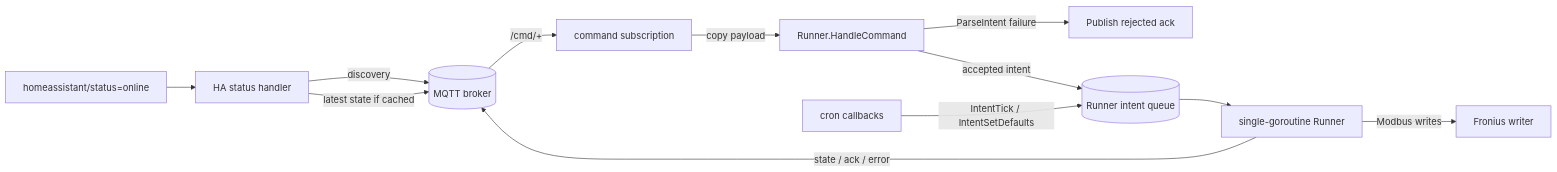
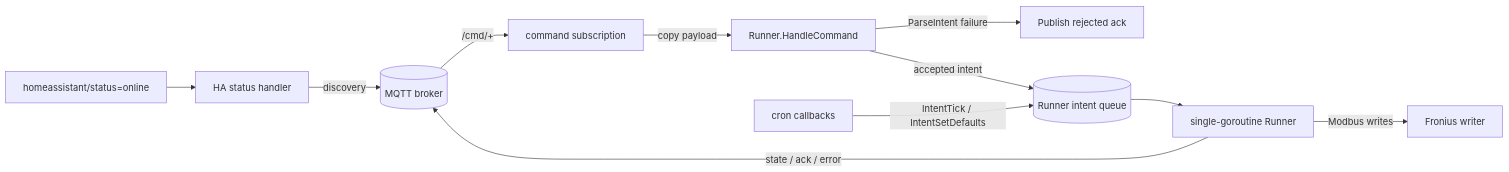
The diagram in docs/implementations/88-issue-wire-mqtt-schedule/88-issue-wire-mqtt-schedule-PLAN.md (atbore-phx/sbam), drawn with Mermaid before and after one commit. The commit also changed other lines of this file and 3 other files, not shown here.

````diff
--- a/docs/implementations/88-issue-wire-mqtt-schedule/88-issue-wire-mqtt-schedule-PLAN.md
+++ b/docs/implementations/88-issue-wire-mqtt-schedule/88-issue-wire-mqtt-schedule-PLAN.md
@@ -51,14 +42,13 @@
 ```mermaid
 flowchart LR
 	Broker[(MQTT broker)] -->|<prefix>/cmd/+| CmdSub[command subscription]
 	CmdSub -->|copy payload| Handle[Runner.HandleCommand]
 	Handle -->|ParseIntent failure| AckReject[Publish rejected ack]
 	Handle -->|accepted intent| Inbox[(Runner intent queue)]
 	Cron[cron callbacks] -->|IntentTick / IntentSetDefaults| Inbox
 	Inbox --> Runner[single-goroutine Runner]
 	Runner -->|Modbus writes| Fronius[Fronius writer]
 	Runner -->|state / ack / error| Broker
 	HA[homeassistant/status=online] --> HAHandler[HA status handler]
 	HAHandler -->|discovery| Broker
-	HAHandler -->|latest state if cached| Broker
 ```
````
